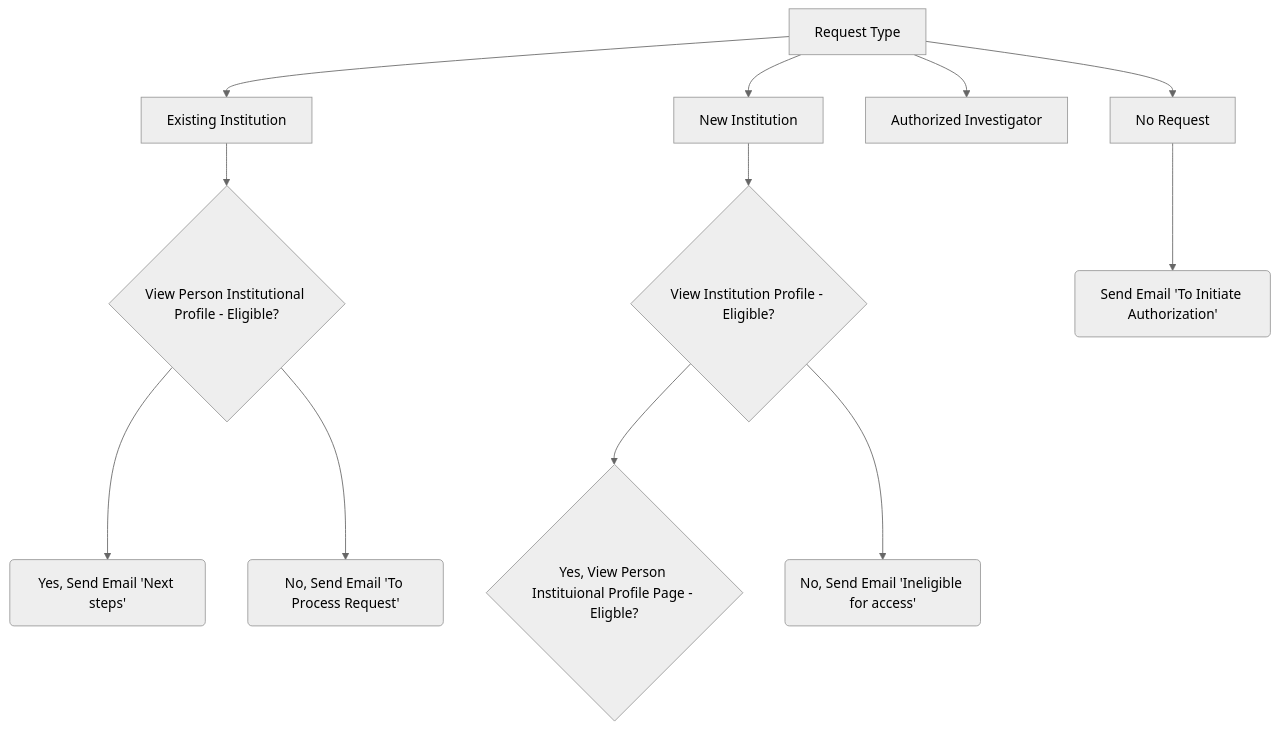
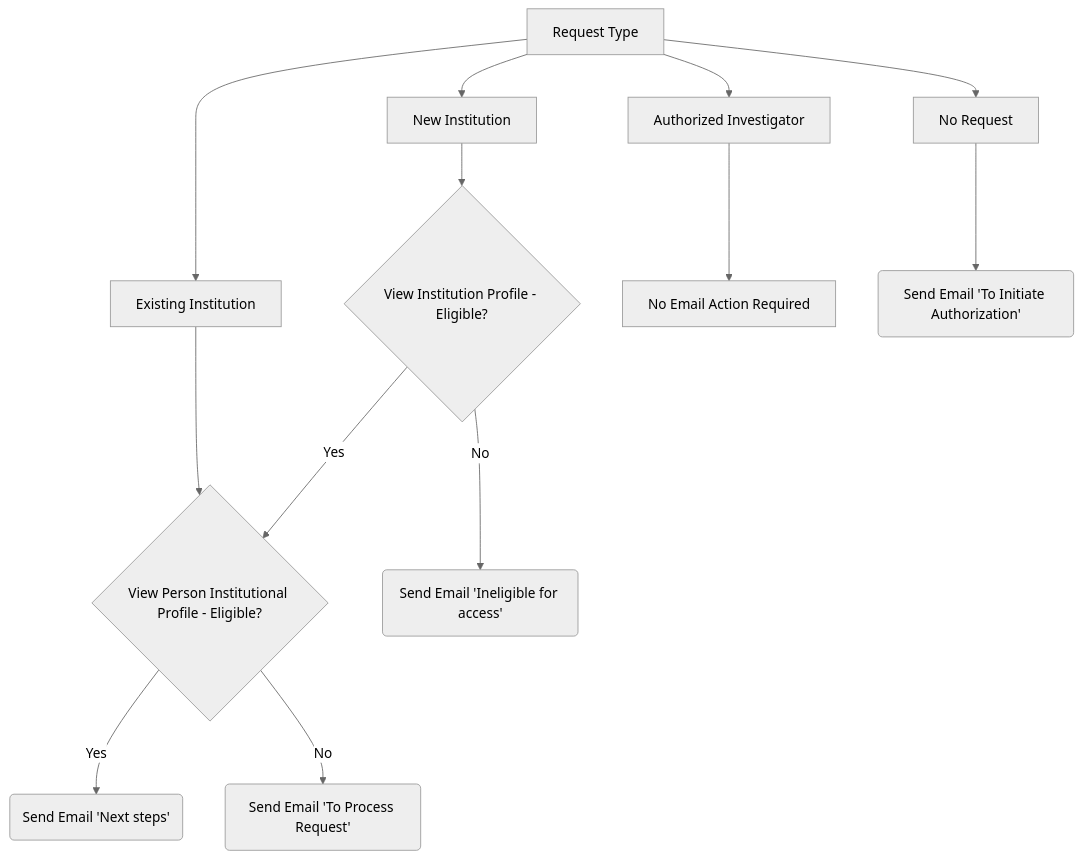
The third of 3 diagrams in src/admin/flowcharts.qmd (databrary/guide), drawn with Mermaid (neutral theme) before and after one commit. The commit also changed other lines of this file and 1 other file, not shown here.

Commit message:
add flowcharts

````diff
--- a/src/admin/flowcharts.qmd
+++ b/src/admin/flowcharts.qmd
@@ -35,10 +36,10 @@
 ```{mermaid}
 flowchart
-  A[Request Type] --> B[Existing Institution] --> G{View Person Institutional Profile - Eligible? } 
-  G --> H(Yes, Send Email 'Next steps')
-  G --> J(No, Send Email 'To Process Request')
-  A --> C[New Institution] --> I{View Institution Profile - Eligible?} --> L{Yes, View Person Instituional Profile Page - Eligble?}
-  I --> K(No, Send Email 'Ineligible for access')
-  A --> D[Authorized Investigator]
+  A[Request Type]--> B[New Institution] --> I{View Institution Profile - Eligible?} -- Yes --> G
+  A --> C[Existing Institution] --> G{View Person Institutional Profile - Eligible? } 
+  G -- Yes --> H(Send Email 'Next steps')
+  G -- No --> J(Send Email 'To Process Request')
+  I -- No --> K(Send Email 'Ineligible for access')
+  A --> D[Authorized Investigator] --> L[No Email Action Required]
   A --> E[No Request] --> F(Send Email 'To Initiate Authorization')
 ```
````
